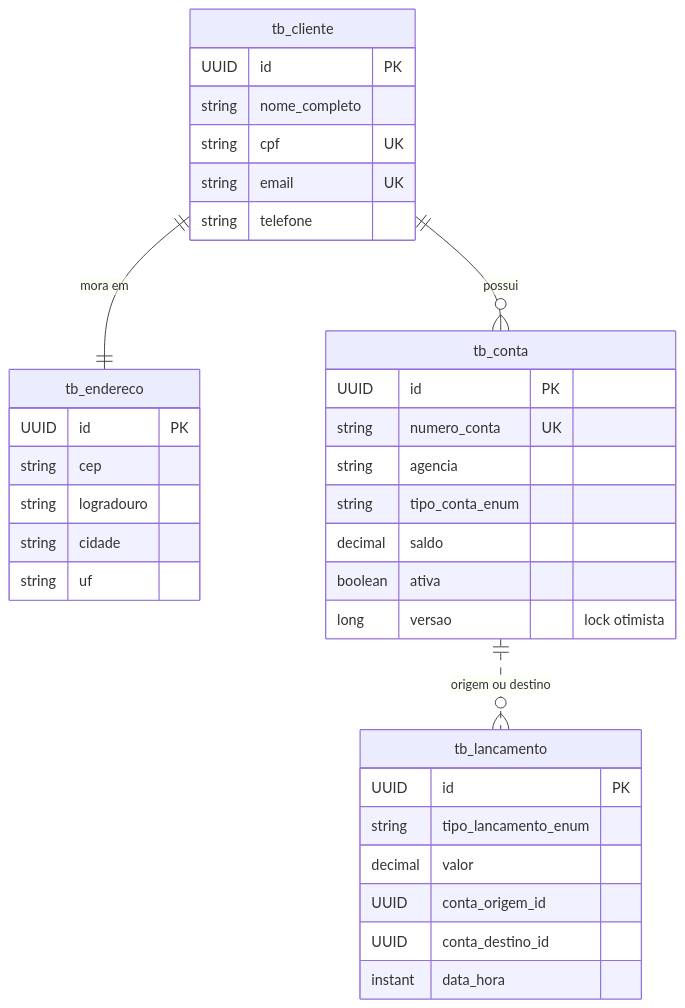
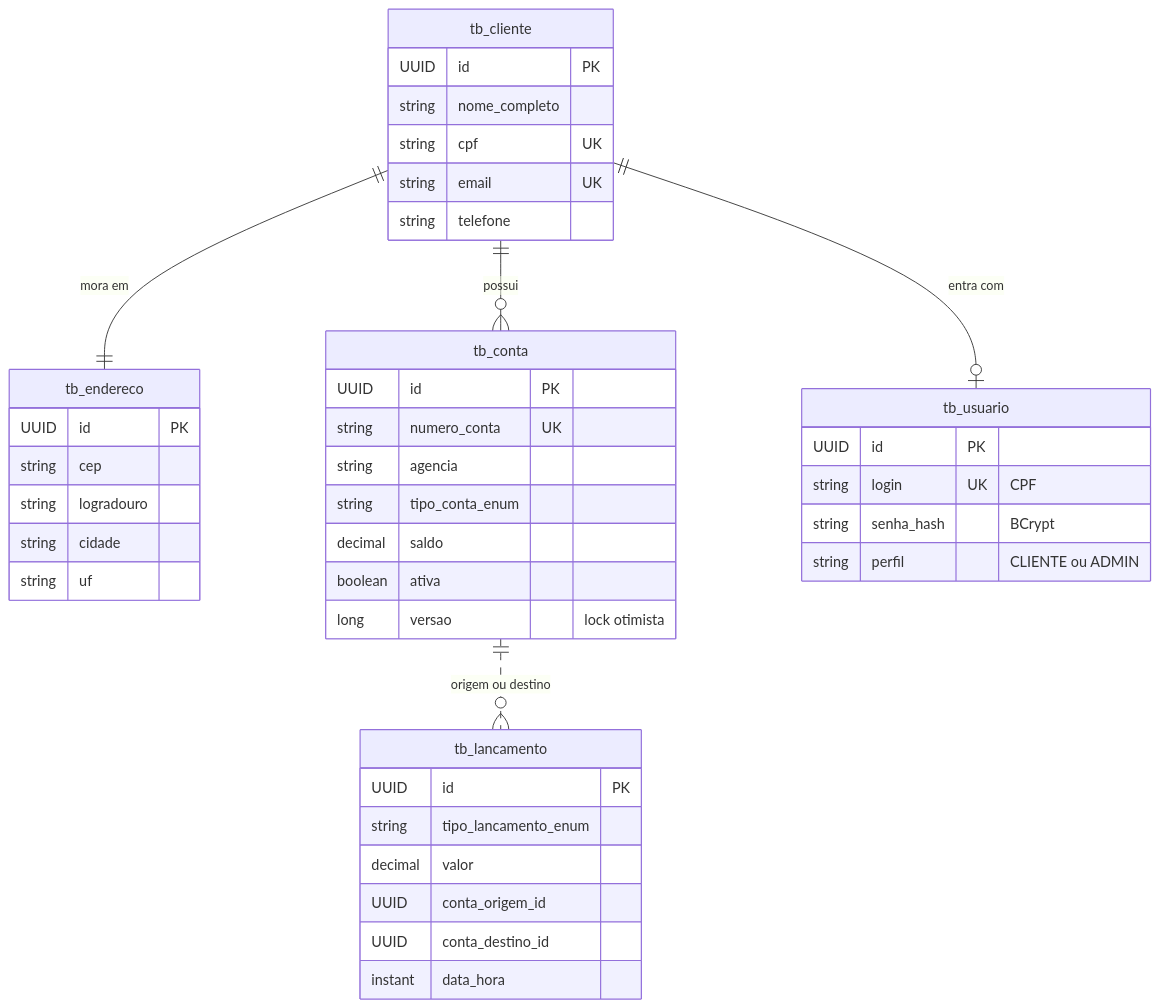
The fourth of 13 diagrams in README.md (k3vinrich4rd/k3vinrich4rd), drawn with Mermaid before and after one commit. The commit also changed other lines of this file and 8 other files, not shown here.

````diff
--- a/README.md
+++ b/README.md
@@ -346,37 +354,44 @@
 ```mermaid
 erDiagram
     tb_cliente ||--|| tb_endereco : "mora em"
     tb_cliente ||--o{ tb_conta : "possui"
+    tb_cliente ||--o| tb_usuario : "entra com"
     tb_conta ||..o{ tb_lancamento : "origem ou destino"
+    tb_usuario {
+        UUID id PK
+        string login UK "CPF"
+        string senha_hash "BCrypt"
+        string perfil "CLIENTE ou ADMIN"
+    }
     tb_cliente {
         UUID id PK
         string nome_completo
         string cpf UK
         string email UK
         string telefone
     }
     tb_endereco {
         UUID id PK
         string cep
         string logradouro
         string cidade
         string uf
     }
     tb_conta {
         UUID id PK
         string numero_conta UK
         string agencia
         string tipo_conta_enum
         decimal saldo
         boolean ativa
         long versao "lock otimista"
     }
     tb_lancamento {
         UUID id PK
         string tipo_lancamento_enum
         decimal valor
         UUID conta_origem_id
         UUID conta_destino_id
         instant data_hora
     }
 ```
````
